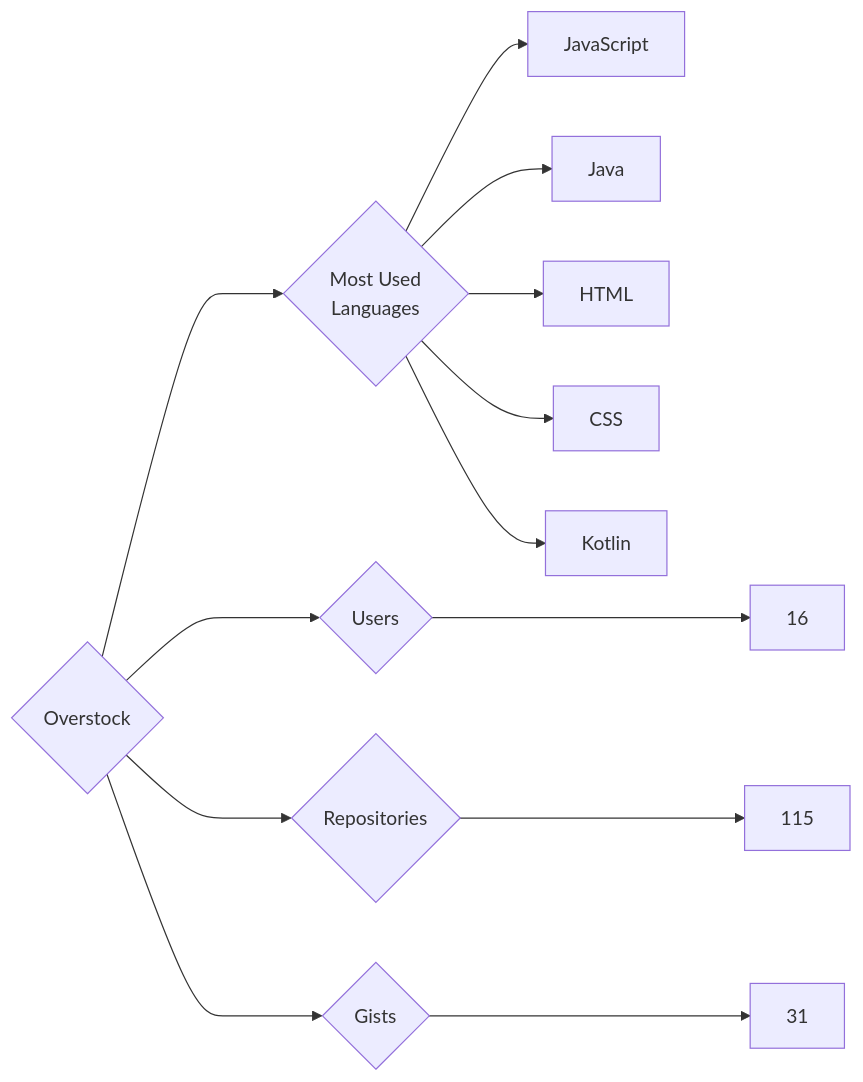
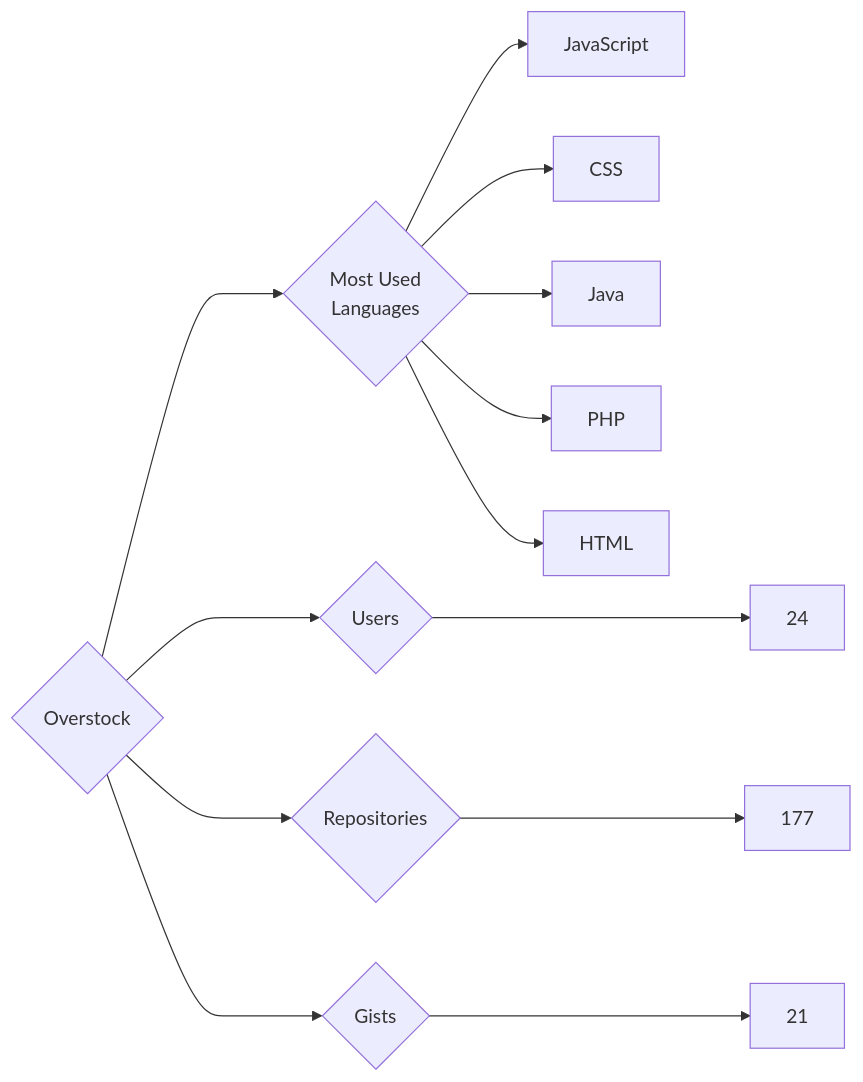
One commit to trickest/insiders changed the diagram in targets/Overstock/README.md. Above: the diagram before and after it, drawn with Mermaid. The commit also changed 695 other files, not shown here.

````diff
--- a/targets/Overstock/README.md
+++ b/targets/Overstock/README.md
@@ -3,13 +3,13 @@
 ```mermaid
 graph LR
 COMPANY_NAME{Overstock}
-COMPANY_NAME ---> U{Users} ---> UN[16]
-COMPANY_NAME ---> R{Repositories} ---> RN[115]
-COMPANY_NAME ---> G{Gists} ---> GN[31]
+COMPANY_NAME ---> U{Users} ---> UN[24]
+COMPANY_NAME ---> R{Repositories} ---> RN[177]
+COMPANY_NAME ---> G{Gists} ---> GN[21]
 COMPANY_NAME ---> ML{Most Used<br>Languages}
 ML --> JavaScript[JavaScript]
+ML --> CSS[CSS]
 ML --> Java[Java]
+ML --> PHP[PHP]
 ML --> HTML[HTML]
-ML --> CSS[CSS]
-ML --> Kotlin[Kotlin]
 ```
````
